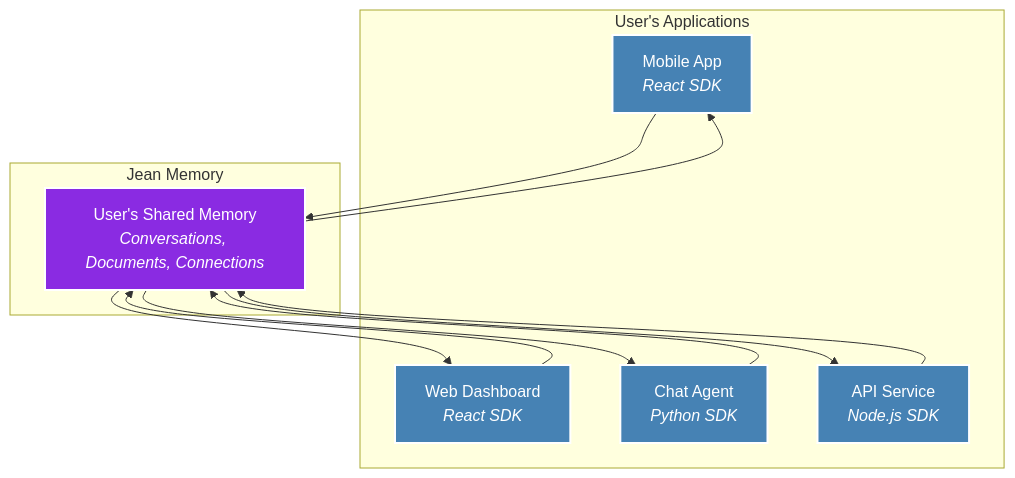
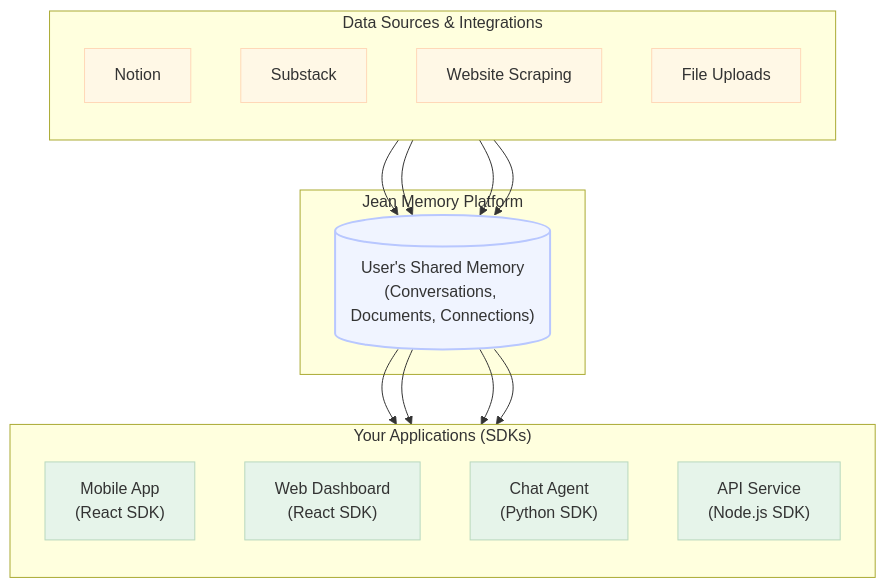
Before and after one commit to jean-technologies/jean-memory: the diagram in openmemory/ui/docs-mintlify/introduction.mdx, drawn with Mermaid. The commit also changed 1 other file, not shown here.

Commit message:
improved graph

````diff
--- a/openmemory/ui/docs-mintlify/introduction.mdx
+++ b/openmemory/ui/docs-mintlify/introduction.mdx
@@ -12,29 +12,42 @@
 ```mermaid
-graph TD;
-    subgraph "User's Applications"
-        mobile["Mobile App<br/><i>React SDK</i>"];
-        web["Web Dashboard<br/><i>React SDK</i>"];
-        agent["Chat Agent<br/><i>Python SDK</i>"];
-        api["API Service<br/><i>Node.js SDK</i>"];
+graph TD
+    subgraph "Data Sources & Integrations"
+        direction TB
+        I1[Notion]
+        I2[Substack]
+        I3[Website Scraping]
+        I4[File Uploads]
     end
 
-    subgraph "Jean Memory"
-        memory["User's Shared Memory<br/><i>Conversations, Documents, Connections</i>"];
+    subgraph "Jean Memory Platform"
+        M[("User's Shared Memory<br/>(Conversations, Documents, Connections)")]
     end
 
-    mobile --> memory;
-    web --> memory;
-    agent --> memory;
-    api --> memory;
+    subgraph "Your Applications (SDKs)"
+        direction TB
+        A1["Mobile App<br/>(React SDK)"]
+        A2["Web Dashboard<br/>(React SDK)"]
+        A3["Chat Agent<br/>(Python SDK)"]
+        A4["API Service<br/>(Node.js SDK)"]
+    end
 
-    memory --> mobile;
-    memory --> web;
-    memory --> agent;
-    memory --> api;
+    I1 --> M
+    I2 --> M
+    I3 --> M
+    I4 --> M
 
-    classDef api fill:#8A2BE2,stroke:#FFF,stroke-width:2px,color:#FFF;
-    classDef read fill:#4682B4,stroke:#FFF,stroke-width:2px,color:#FFF;
+    M --> A1
+    M --> A2
+    M --> A3
+    M --> A4
 
-    class memory api;
-    class mobile,web,agent,api read;
+    style M fill:#f0f4ff,stroke:#b8c7ff,stroke-width:2px
+    style A1 fill:#e6f4ea,stroke:#b8d8be,stroke-width:1px
+    style A2 fill:#e6f4ea,stroke:#b8d8be,stroke-width:1px
+    style A3 fill:#e6f4ea,stroke:#b8d8be,stroke-width:1px
+    style A4 fill:#e6f4ea,stroke:#b8d8be,stroke-width:1px
+    style I1 fill:#fff8e6,stroke:#ffd8b8,stroke-width:1px
+    style I2 fill:#fff8e6,stroke:#ffd8b8,stroke-width:1px
+    style I3 fill:#fff8e6,stroke:#ffd8b8,stroke-width:1px
+    style I4 fill:#fff8e6,stroke:#ffd8b8,stroke-width:1px
 ```
````
